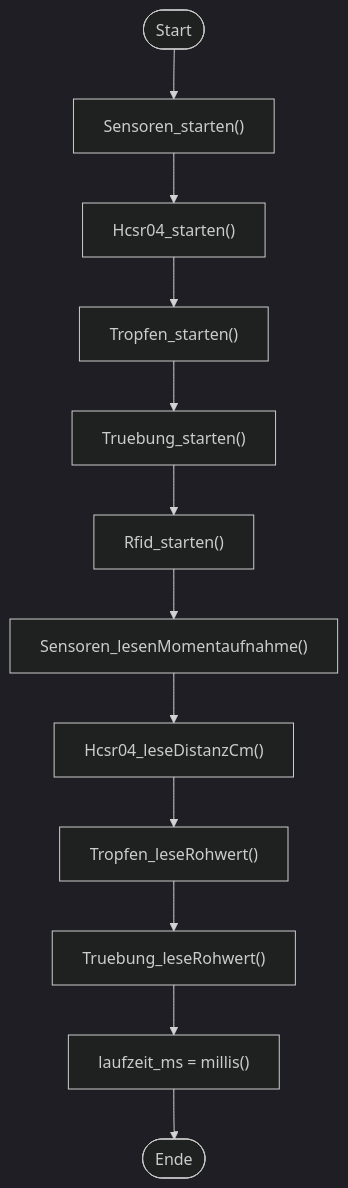
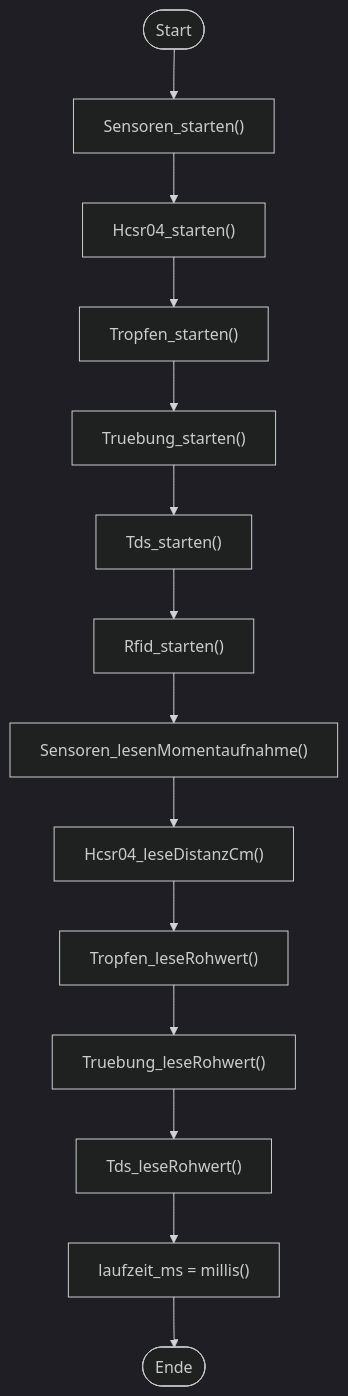
Before and after one commit to HerrnDK/Projekt: diagram 13 of 20 in PROJEKT_ARCHITEKTUR_PLAN.md, drawn with Mermaid (dark theme). The commit also changed other lines of this file and 12 other files, not shown here.

````diff
--- a/PROJEKT_ARCHITEKTUR_PLAN.md
+++ b/PROJEKT_ARCHITEKTUR_PLAN.md
@@ -229,14 +231,16 @@
 ```mermaid
 flowchart TD
   S([Start]) --> A0["Sensoren_starten()"]
   A0 --> A1["Hcsr04_starten()"]
   A1 --> A2["Tropfen_starten()"]
   A2 --> A3["Truebung_starten()"]
-  A3 --> A4["Rfid_starten()"]
-  A4 --> B0["Sensoren_lesenMomentaufnahme()"]
+  A3 --> A4["Tds_starten()"]
+  A4 --> A5["Rfid_starten()"]
+  A5 --> B0["Sensoren_lesenMomentaufnahme()"]
   B0 --> B1["Hcsr04_leseDistanzCm()"]
   B1 --> B2["Tropfen_leseRohwert()"]
   B2 --> B3["Truebung_leseRohwert()"]
-  B3 --> B4["laufzeit_ms = millis()"]
-  B4 --> E([Ende])
+  B3 --> B4["Tds_leseRohwert()"]
+  B4 --> B5["laufzeit_ms = millis()"]
+  B5 --> E([Ende])
 ```
````
